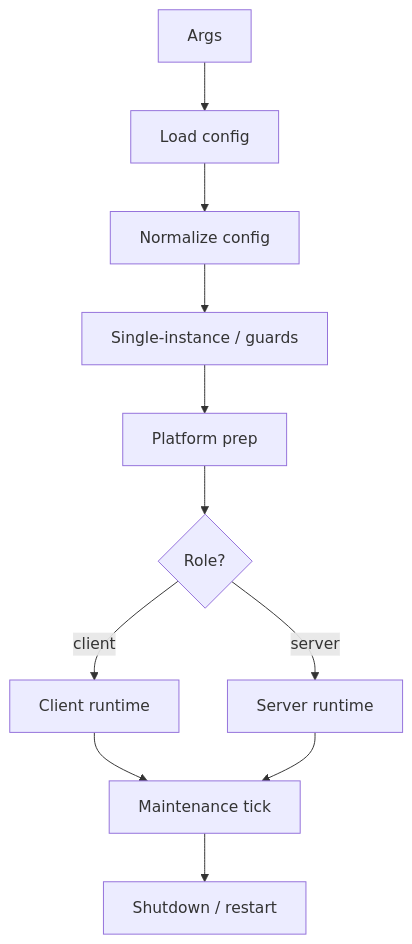
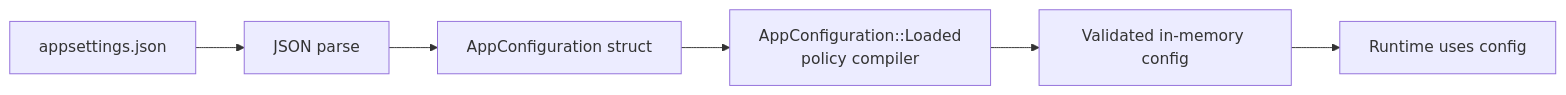
Before and after one commit to HyacinthHaru/openppp2: the second of 10 diagrams in docs/STARTUP_AND_LIFECYCLE.md, drawn with Mermaid. The commit also changed other lines of this file and 93 other files, not shown here.

````diff
--- a/docs/STARTUP_AND_LIFECYCLE.md
+++ b/docs/STARTUP_AND_LIFECYCLE.md
@@ -29,13 +119,8 @@
 ```mermaid
-flowchart TD
-    A[Args] --> B[Load config]
-    B --> C[Normalize config]
-    C --> D[Single-instance / guards]
-    D --> E[Platform prep]
-    E --> F{Role?}
-    F -->|client| G[Client runtime]
-    F -->|server| H[Server runtime]
-    G --> I[Maintenance tick]
-    H --> I
-    I --> J[Shutdown / restart]
+flowchart LR
+    A[appsettings.json] --> B[JSON parse]
+    B --> C[AppConfiguration struct]
+    C --> D[AppConfiguration::Loaded\npolicy compiler]
+    D --> E[Validated in-memory config]
+    E --> F[Runtime uses config]
 ```
````
